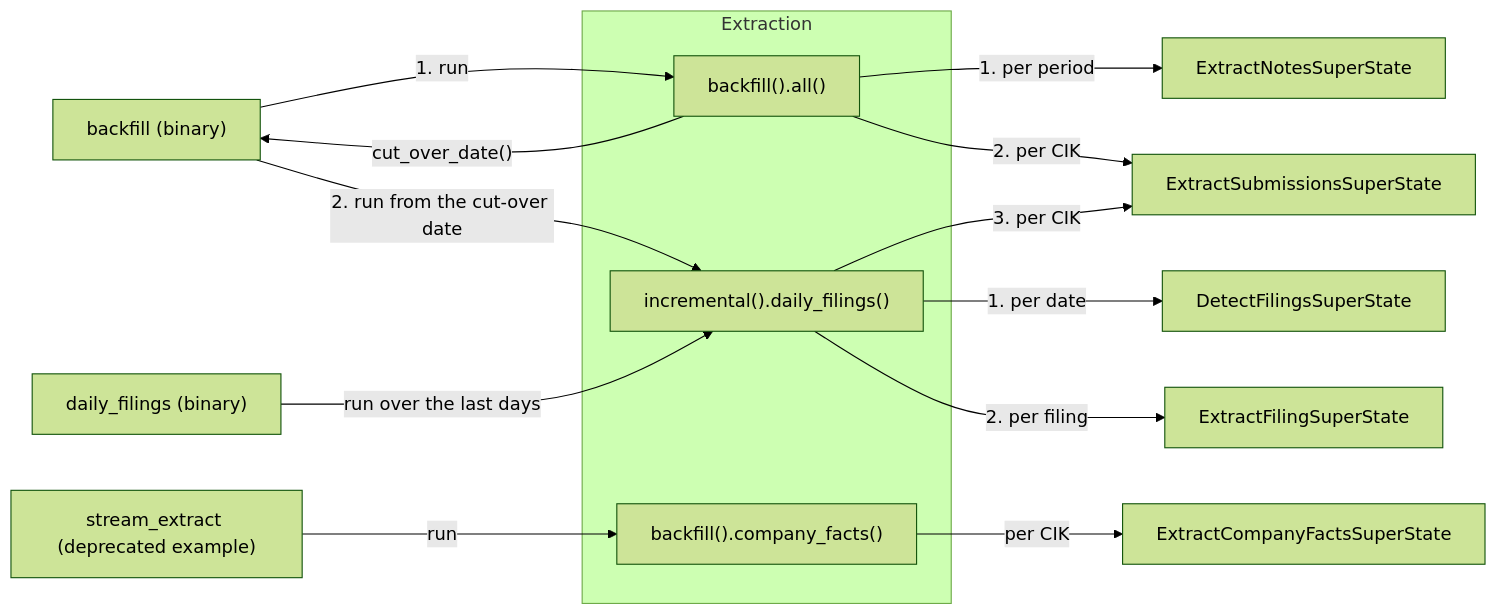
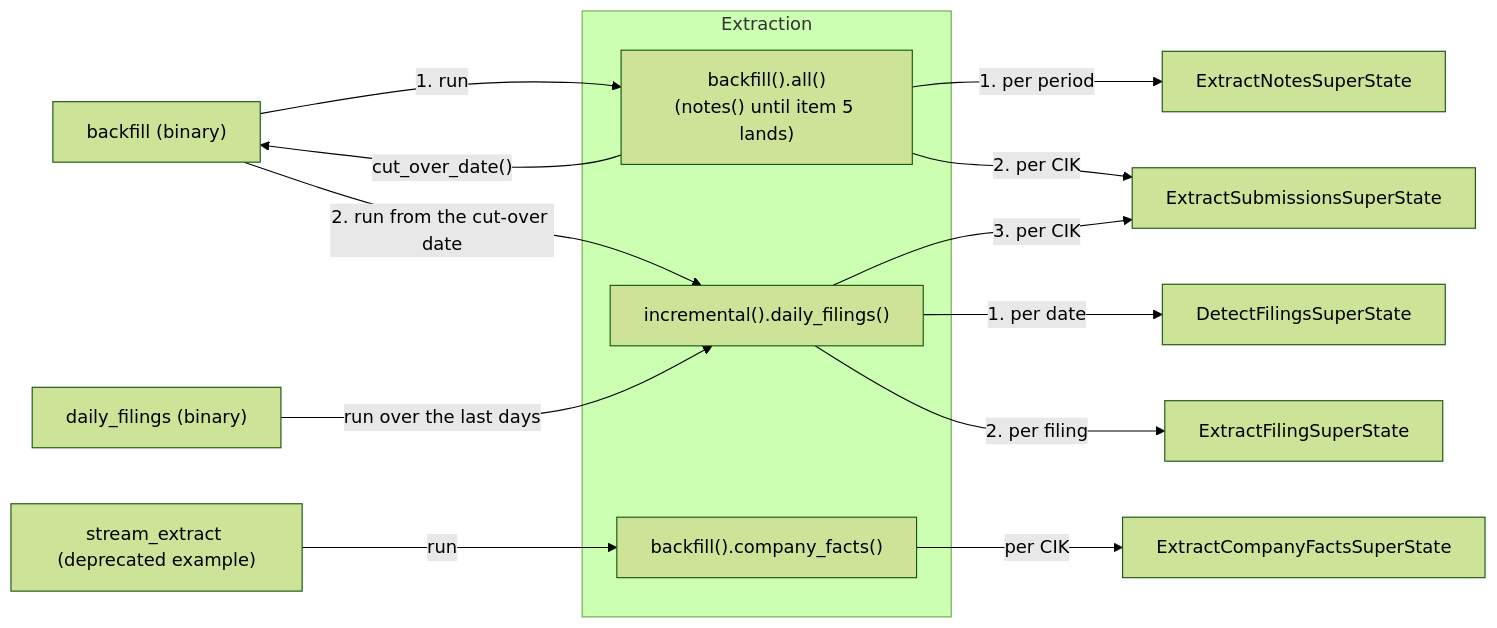
Before and after one commit to ironcapitaleu/arkad: the second of 2 diagrams in sec/design/pipeline/ingestion_paths.md, drawn with Mermaid (forest theme). The commit also changed other lines of this file and 2 other files, not shown here.

````diff
--- a/sec/design/pipeline/ingestion_paths.md
+++ b/sec/design/pipeline/ingestion_paths.md
@@ -319,22 +320,22 @@
 ```mermaid
 flowchart LR
     BF["backfill (binary)"]
     DF["daily_filings (binary)"]
     EX["stream_extract (deprecated example)"]
     subgraph facade["Extraction"]
-        ALL["backfill().all()"]
+        ALL["backfill().all()<br/>(notes() until item 5 lands)"]
         DFS["incremental().daily_filings()"]
         CF["backfill().company_facts()"]
     end
     BF -->|"1. run"| ALL
     ALL -->|"cut_over_date()"| BF
     BF -->|"2. run from the cut-over date"| DFS
     DF -->|"run over the last days"| DFS
     EX -->|run| CF
     ALL -->|"1. per period"| ENS[ExtractNotesSuperState]
     ALL -->|"2. per CIK"| ESS[ExtractSubmissionsSuperState]
     DFS -->|"1. per date"| DET[DetectFilingsSuperState]
     DFS -->|"2. per filing"| EFS[ExtractFilingSuperState]
     DFS -->|"3. per CIK"| ESS
     CF -->|per CIK| ECS[ExtractCompanyFactsSuperState]
 ```
````
